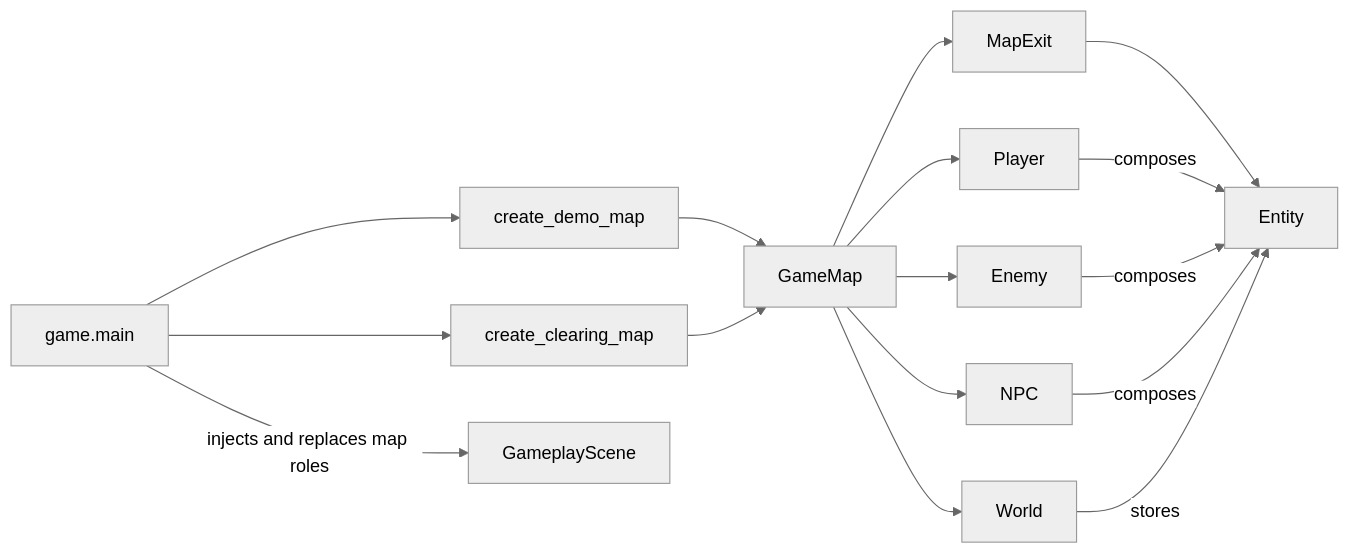
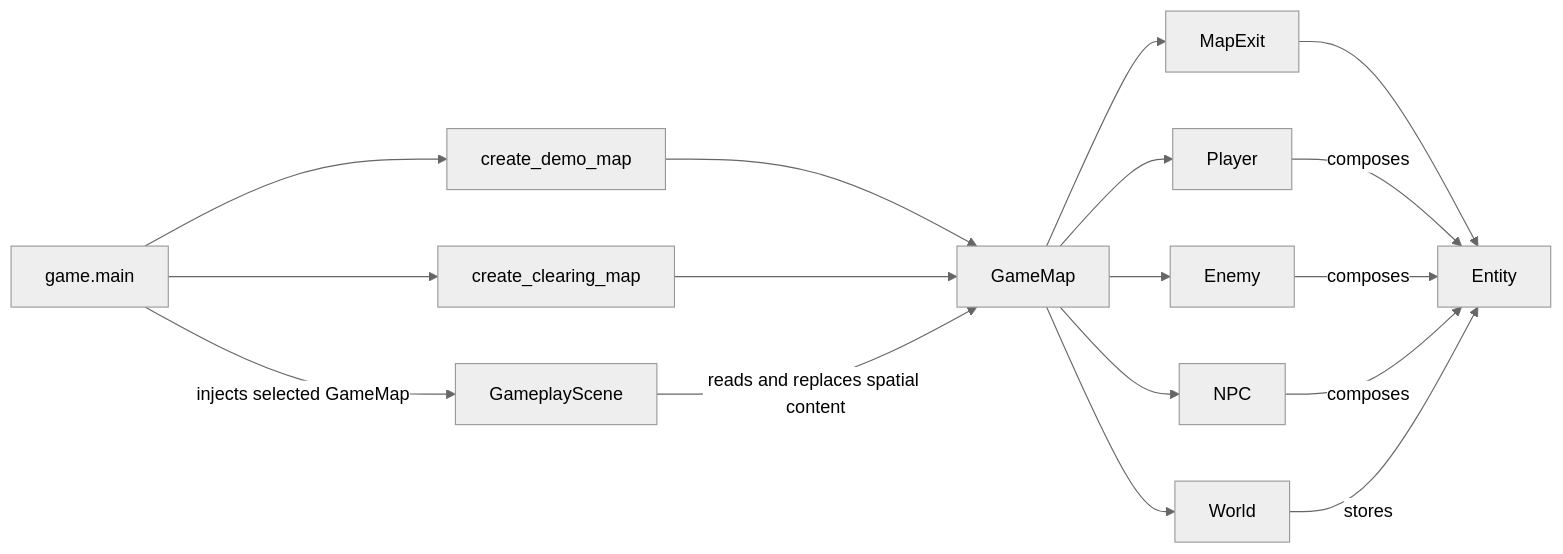
One commit to VincentMardon/my_first_adventure_game changed the second of 3 diagrams in docs/architecture/overview.md. Above: the diagram before and after it, drawn with Mermaid (neutral theme). The commit also changed other lines of this file and 8 other files, not shown here.

Commit message:
refactor(scenes): consume game map as spatial content

````diff
--- a/docs/architecture/overview.md
+++ b/docs/architecture/overview.md
@@ -271,18 +271,19 @@
 ```mermaid
 flowchart LR
     GameMain["game.main"] --> DemoMap["create_demo_map"]
     GameMain --> ClearingMap["create_clearing_map"]
     DemoMap --> GameMap["GameMap"]
     ClearingMap --> GameMap
     GameMap --> World["World"]
     GameMap --> Player["Player"]
     GameMap --> Enemy["Enemy"]
     GameMap --> NPC["NPC"]
     GameMap --> MapExit["MapExit"]
     MapExit --> Entity
     Player -->|"composes"| Entity["Entity"]
     Enemy -->|"composes"| Entity
     NPC -->|"composes"| Entity
     World -->|"stores"| Entity
-    GameMain -->|"injects and replaces map roles"| GameplayScene["GameplayScene"]
+    GameMain -->|"injects selected GameMap"| GameplayScene["GameplayScene"]
+    GameplayScene -->|"reads and replaces spatial content"| GameMap
 ```
````
